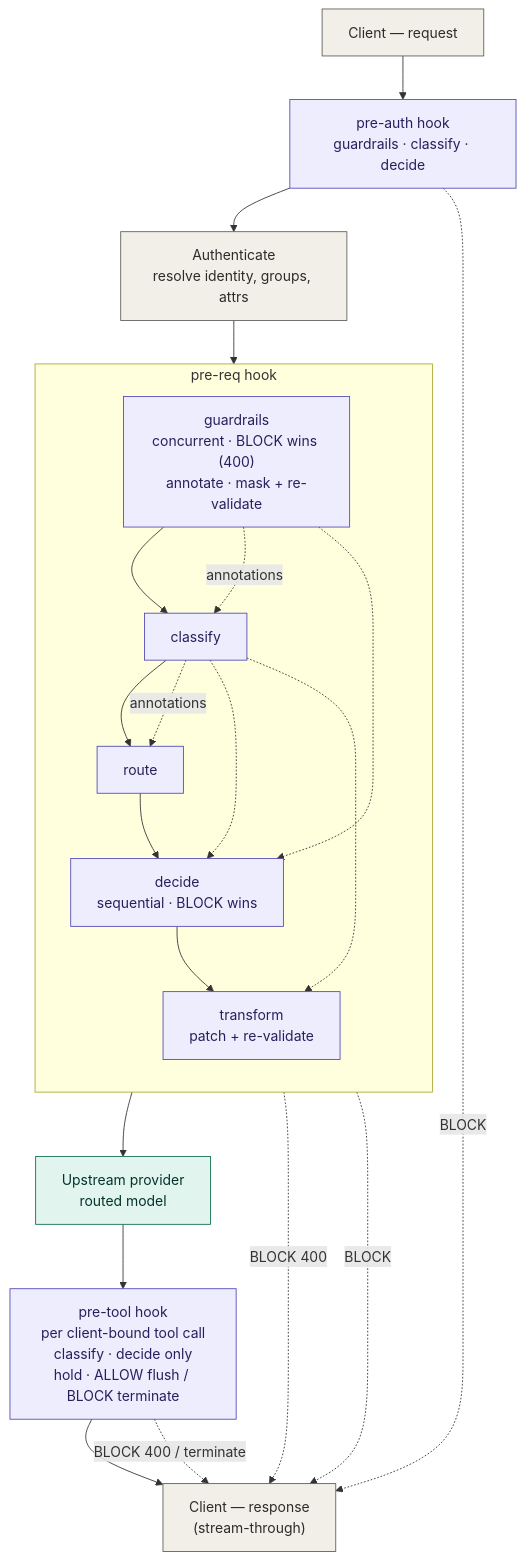
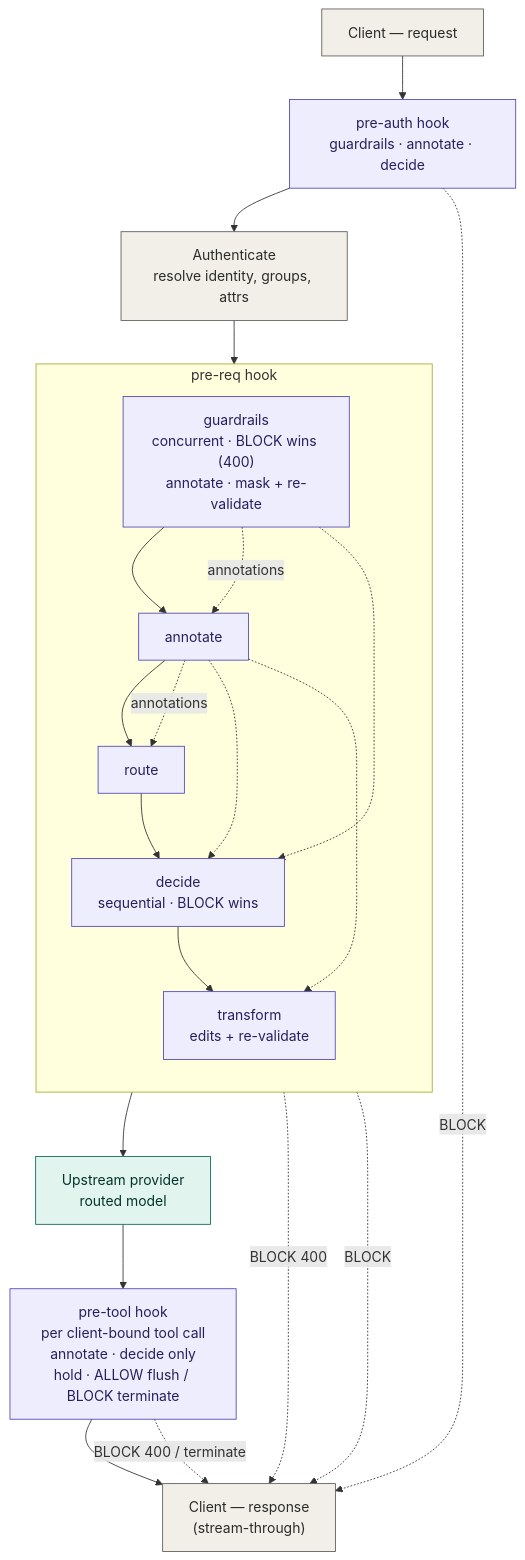
The diagram in policy-engine-design.md (coder/coder), drawn with Mermaid before and after one commit. The commit also changed other lines of this file and 35 other files, not shown here.

````diff
--- a/policy-engine-design.md
+++ b/policy-engine-design.md
@@ -559,35 +670,35 @@
 ```mermaid
 flowchart TD
-  C["Client — request"] --> PA["pre-auth hook<br/>guardrails · classify · decide"]
+  C["Client — request"] --> PA["pre-auth hook<br/>guardrails · annotate · decide"]
   PA --> AU["Authenticate<br/>resolve identity, groups, attrs"]
   AU --> GR
 
   subgraph PR["pre-req hook"]
     direction TB
-    GR["guardrails<br/>concurrent · BLOCK wins (400)<br/>annotate · mask + re-validate"] --> CL["classify"]
+    GR["guardrails<br/>concurrent · BLOCK wins (400)<br/>annotate · mask + re-validate"] --> CL["annotate"]
     CL --> RO["route"]
     RO --> DE["decide<br/>sequential · BLOCK wins"]
-    DE --> TR["transform<br/>patch + re-validate"]
+    DE --> TR["transform<br/>edits + re-validate"]
   end
 
   TR --> UP["Upstream provider<br/>routed model"]
-  UP --> PT["pre-tool hook<br/>per client-bound tool call<br/>classify · decide only<br/>hold · ALLOW flush / BLOCK terminate"]
+  UP --> PT["pre-tool hook<br/>per client-bound tool call<br/>annotate · decide only<br/>hold · ALLOW flush / BLOCK terminate"]
   PT --> RC["Client — response<br/>(stream-through)"]
 
   GR -. annotations .-> CL
   GR -.-> DE
   CL -. annotations .-> RO
   CL -.-> DE
   CL -.-> TR
   PA -. BLOCK .-> RC
   GR -. BLOCK 400 .-> RC
   DE -. BLOCK .-> RC
   PT -. BLOCK 400 / terminate .-> RC
 
   classDef hook fill:#EEEDFE,stroke:#534AB7,color:#26215C;
   classDef step fill:#F1EFE8,stroke:#5F5E5A,color:#2C2C2A;
   classDef prov fill:#E1F5EE,stroke:#0F6E56,color:#04342C;
   class PA,GR,CL,RO,DE,TR,PT hook;
   class C,AU,RC step;
   class UP prov;
 ```
````
